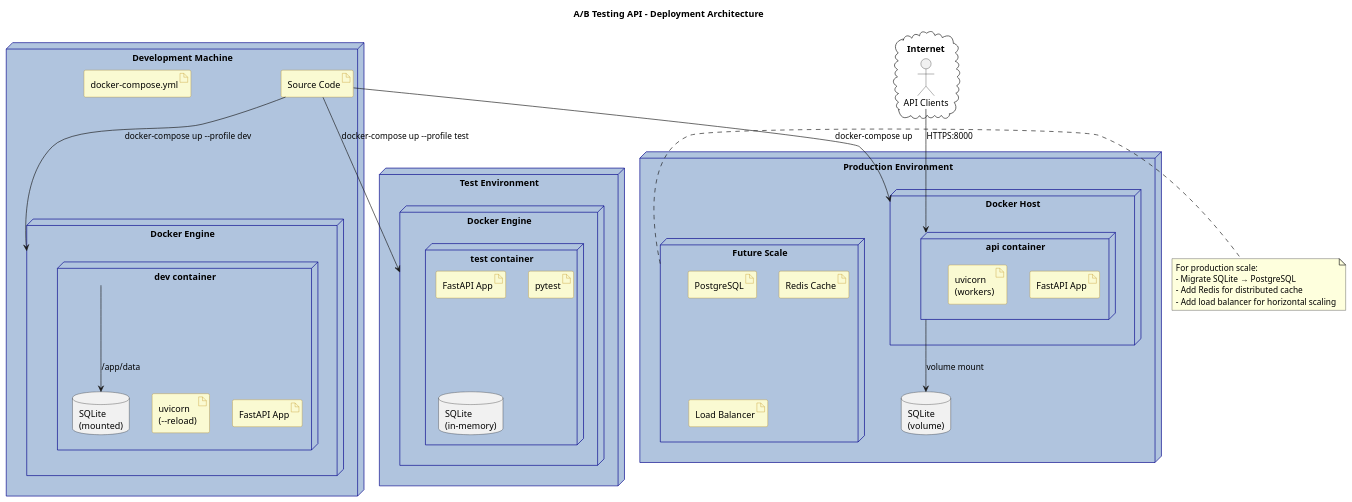
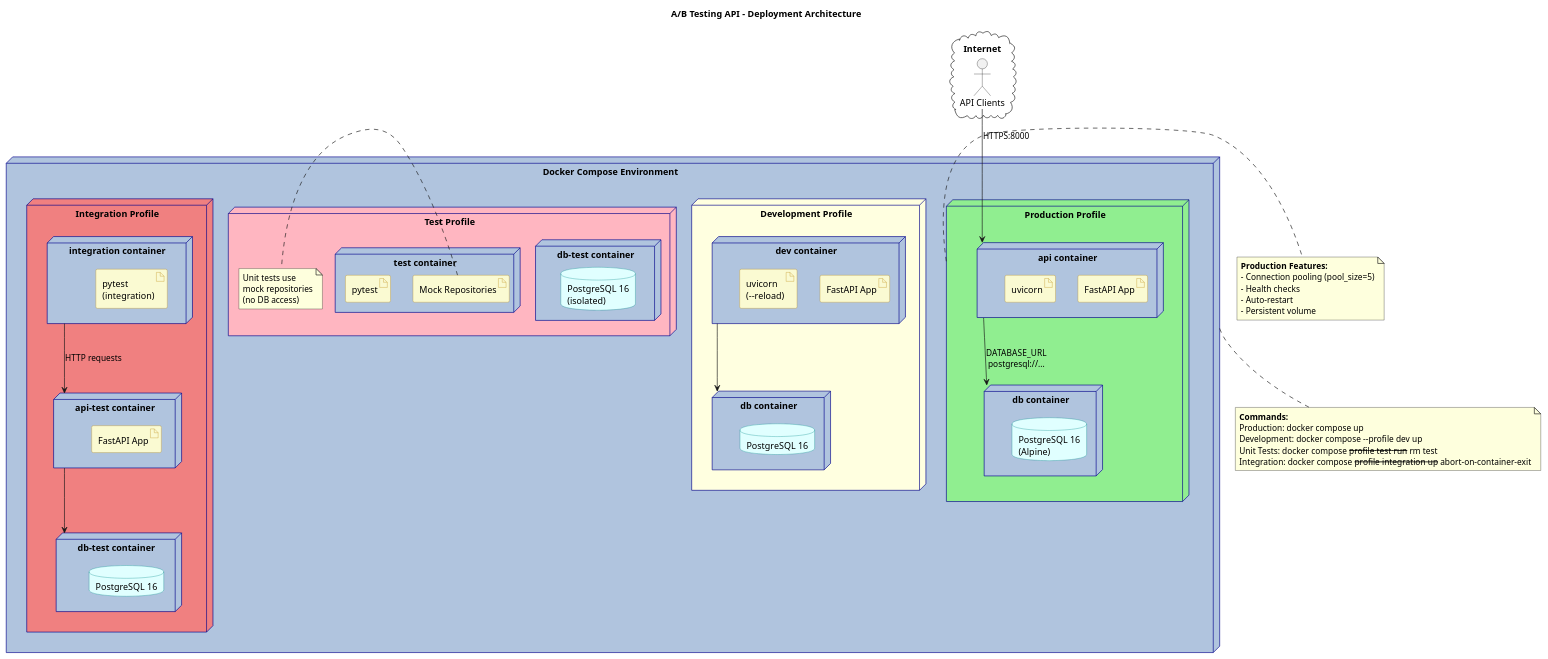
The diagram in docs/diagrams/deployment.puml (huangyingw/neonblue_ab_testing_api), drawn with PlantUML before and after one commit. The commit also changed 2 other files, not shown here.

Commit message:
Update PlantUML diagrams for Repository pattern
- Update system-architecture.puml: SQLite -> PostgreSQL
- Redesign deployment.puml: Show all Docker profiles with PostgreSQL
- Enhance DESIGN.md with:
  - Updated technology choices (PostgreSQL 16)
  - Architecture Highlights for Reviewers section
  - Extensibility Points table
  - Design Patterns Used summary
  - SOLID principles compliance notes
  - Test Strategy diagram
  - Future Roadmap phases

```diff
--- a/docs/diagrams/deployment.puml
+++ b/docs/diagrams/deployment.puml
@@ -1,75 +1,104 @@
 @startuml Deployment Architecture
 
 skinparam backgroundColor white
 skinparam node {
     BackgroundColor LightSteelBlue
     BorderColor DarkBlue
 }
 skinparam artifact {
     BackgroundColor LightGoldenRodYellow
     BorderColor DarkGoldenRod
 }
+skinparam database {
+    BackgroundColor LightCyan
+    BorderColor DarkCyan
+}
 
 title A/B Testing API - Deployment Architecture
 
-node "Development Machine" as Dev {
-    artifact "Source Code" as Source
-    artifact "docker-compose.yml" as Compose
+node "Docker Compose Environment" as DockerEnv {
 
-    node "Docker Engine" as DevDocker {
+    node "Production Profile" as Prod #LightGreen {
+        node "db container" as DBContainer {
+            database "PostgreSQL 16\n(Alpine)" as ProdDB
+        }
+
+        node "api container" as ProdContainer {
+            artifact "FastAPI App" as ProdApp
+            artifact "uvicorn" as ProdUvicorn
+        }
+
+        ProdContainer --> DBContainer : "DATABASE_URL\npostgresql://..."
+    }
+
+    node "Development Profile" as Dev #LightYellow {
+        node "db container" as DevDBContainer {
+            database "PostgreSQL 16" as DevDB
+        }
+
         node "dev container" as DevContainer {
             artifact "FastAPI App" as DevApp
             artifact "uvicorn\n(--reload)" as DevUvicorn
-            database "SQLite\n(mounted)" as DevDB
         }
-    }
-}
 
-node "Test Environment" as Test {
-    node "Docker Engine" as TestDocker {
-        node "test container" as TestContainer {
-            artifact "FastAPI App" as TestApp
-            artifact "pytest" as Pytest
-            database "SQLite\n(in-memory)" as TestDB
-        }
-    }
-}
-
-node "Production Environment" as Prod {
-    node "Docker Host" as ProdHost {
-        node "api container" as ProdContainer {
-            artifact "FastAPI App" as ProdApp
-            artifact "uvicorn\n(workers)" as ProdUvicorn
-        }
+        DevContainer --> DevDBContainer
     }
 
-    database "SQLite\n(volume)" as ProdDB
+    node "Test Profile" as Test #LightPink {
+        node "db-test container" as TestDBContainer {
+            database "PostgreSQL 16\n(isolated)" as TestDB
+        }
 
-    node "Future Scale" as Future {
-        artifact "PostgreSQL" as Postgres
-        artifact "Redis Cache" as Redis
-        artifact "Load Balancer" as LB
+        node "test container" as TestContainer {
+            artifact "pytest" as Pytest
+            artifact "Mock Repositories" as MockRepo
+        }
+
+        note right of MockRepo
+          Unit tests use
+          mock repositories
+          (no DB access)
+        end note
+    }
+
+    node "Integration Profile" as Integration #LightCoral {
+        node "db-test container" as IntDBContainer {
+            database "PostgreSQL 16" as IntDB
+        }
+
+        node "api-test container" as IntAPIContainer {
+            artifact "FastAPI App" as IntApp
+        }
+
+        node "integration container" as IntTestContainer {
+            artifact "pytest\n(integration)" as IntPytest
+        }
+
+        IntAPIContainer --> IntDBContainer
+        IntTestContainer --> IntAPIContainer : "HTTP requests"
     }
 }
 
 cloud "Internet" as Internet {
     actor "API Clients" as Clients
 }
 
-Source --> DevDocker : docker-compose up --profile dev
-Source --> TestDocker : docker-compose up --profile test
-Source --> ProdHost : docker-compose up
+Clients --> ProdContainer : "HTTPS:8000"
 
-DevContainer --> DevDB : /app/data
-ProdContainer --> ProdDB : volume mount
+note bottom of DockerEnv
+  **Commands:**
+  Production: docker compose up
+  Development: docker compose --profile dev up
+  Unit Tests: docker compose --profile test run --rm test
+  Integration: docker compose --profile integration up --abort-on-container-exit
+end note
 
-Clients --> ProdContainer : HTTPS:8000
-
-note right of Future
-  For production scale:
-  - Migrate SQLite → PostgreSQL
-  - Add Redis for distributed cache
-  - Add load balancer for horizontal scaling
+note right of Prod
+  **Production Features:**
+  - Connection pooling (pool_size=5)
+  - Health checks
+  - Auto-restart
+  - Persistent volume
 end note
 
 @enduml
```
